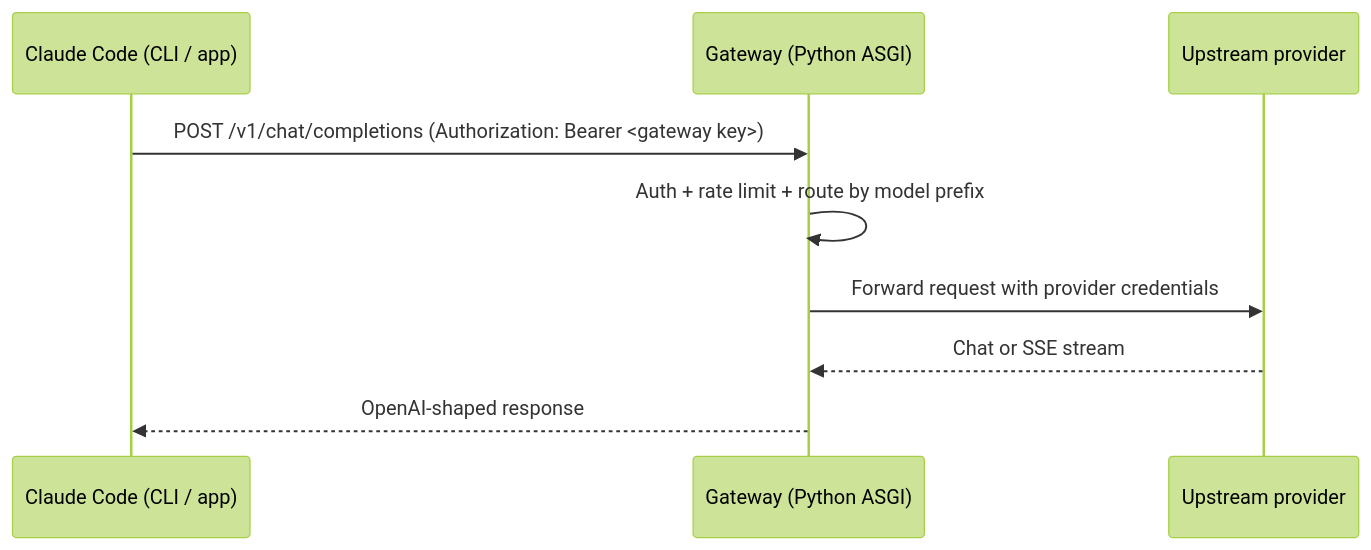
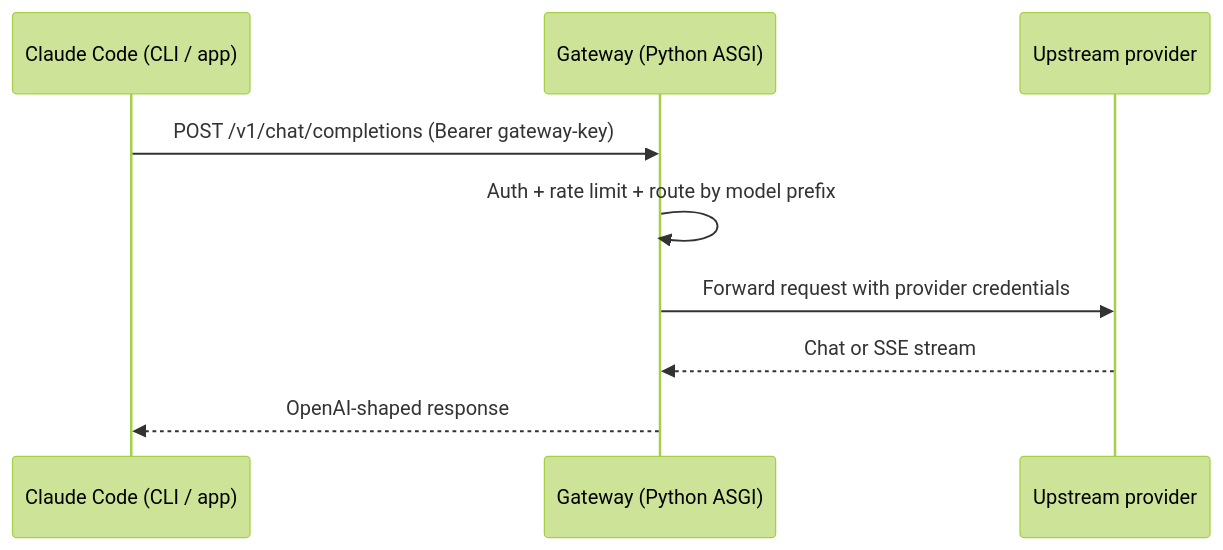
The diagram in docs/claude-code-integration.md (siddhartha-kumar/claude-universal-custom-proxy), drawn with Mermaid (forest theme) before and after one commit. The commit also changed 1 other file, not shown here.

Commit message:
Fixed Mermaid diagram rendering on GitHub
  GitHub's Mermaid parser treated [/text/] as a parallelogram shape, so
  labels like [/health endpoint] and [/metrics endpoint] failed with a
  lexical error and the entire block rendered as raw source. The
  sequence diagrams hit the same problem with <gateway key>, which
  Mermaid parsed as an HTML tag.

  Quoted bracketed labels that contained slashes or punctuation across
  the README architecture and observability flowcharts, and replaced
  the angle-bracket placeholder with "Bearer gateway-key" in both the
  README and docs/claude-code-integration.md sequence diagrams. All
  three Mermaid blocks now render correctly on GitHub.

````diff
--- a/docs/claude-code-integration.md
+++ b/docs/claude-code-integration.md
@@ -11,12 +11,12 @@
 ```mermaid
 sequenceDiagram
     participant CC as Claude Code (CLI / app)
     participant GW as Gateway (Python ASGI)
     participant UP as Upstream provider
 
-    CC->>GW: POST /v1/chat/completions (Authorization: Bearer <gateway key>)
+    CC->>GW: POST /v1/chat/completions (Bearer gateway-key)
     GW->>GW: Auth + rate limit + route by model prefix
     GW->>UP: Forward request with provider credentials
     UP-->>GW: Chat or SSE stream
     GW-->>CC: OpenAI-shaped response
 ```
````
